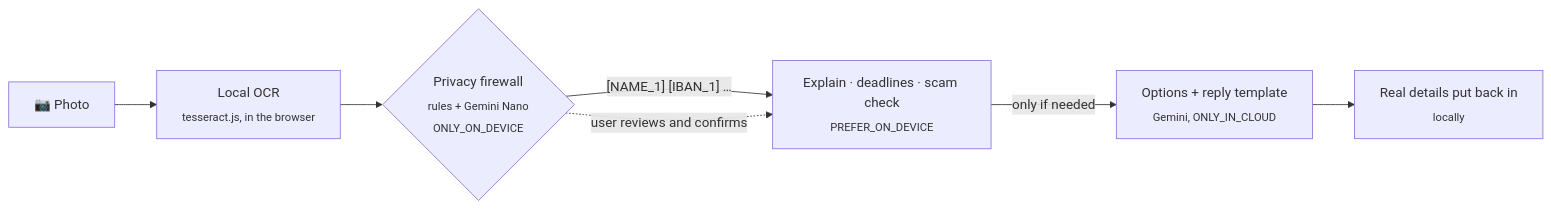
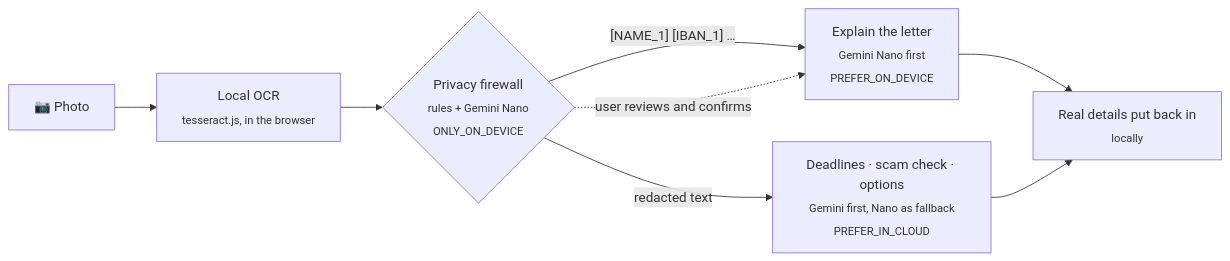
One commit to ahmetdogn/readact changed the diagram in README.md. Above: the diagram before and after it, drawn with Mermaid. The commit also changed other lines of this file and 12 other files, not shown here.

````diff
--- a/README.md
+++ b/README.md
@@ -41,9 +41,10 @@
 ```mermaid
 flowchart LR
     A[📷 Photo] --> B[Local OCR<br/><sub>tesseract.js, in the browser</sub>]
     B --> C{Privacy firewall<br/><sub>rules + Gemini Nano<br/>ONLY_ON_DEVICE</sub>}
-    C -->|"[NAME_1] [IBAN_1] …"| D[Explain · deadlines · scam check<br/><sub>PREFER_ON_DEVICE</sub>]
-    D -->|only if needed| E[Options + reply template<br/><sub>Gemini, ONLY_IN_CLOUD</sub>]
-    E --> F[Real details put back in<br/><sub>locally</sub>]
+    C -->|"[NAME_1] [IBAN_1] …"| D[Explain the letter<br/><sub>Gemini Nano first<br/>PREFER_ON_DEVICE</sub>]
+    C -->|redacted text| G[Deadlines · scam check · options<br/><sub>Gemini first, Nano as fallback<br/>PREFER_IN_CLOUD</sub>]
+    D --> F[Real details put back in<br/><sub>locally</sub>]
+    G --> F
     C -. user reviews and confirms .-> D
 ```
````
